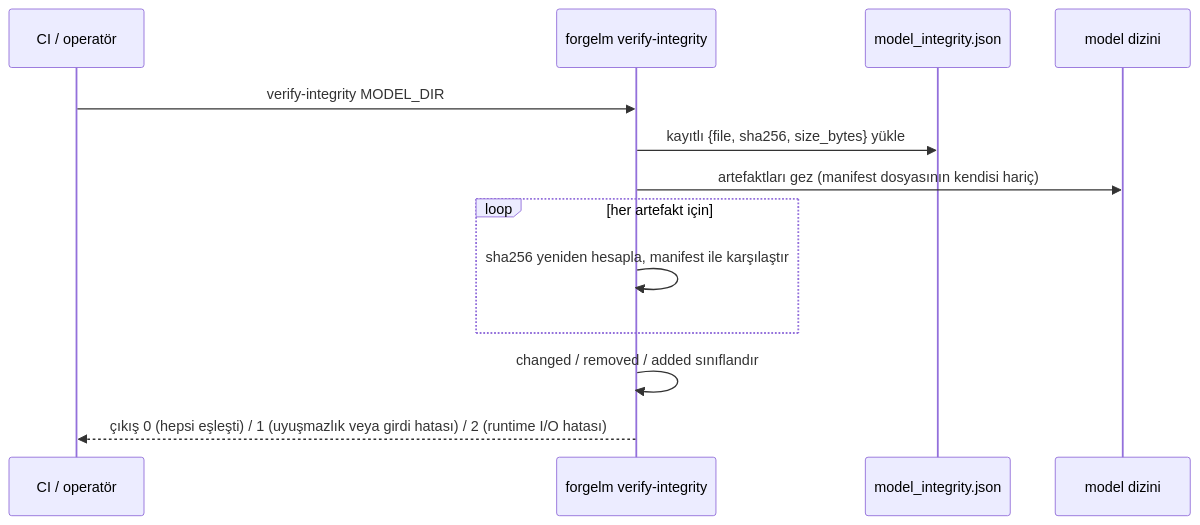
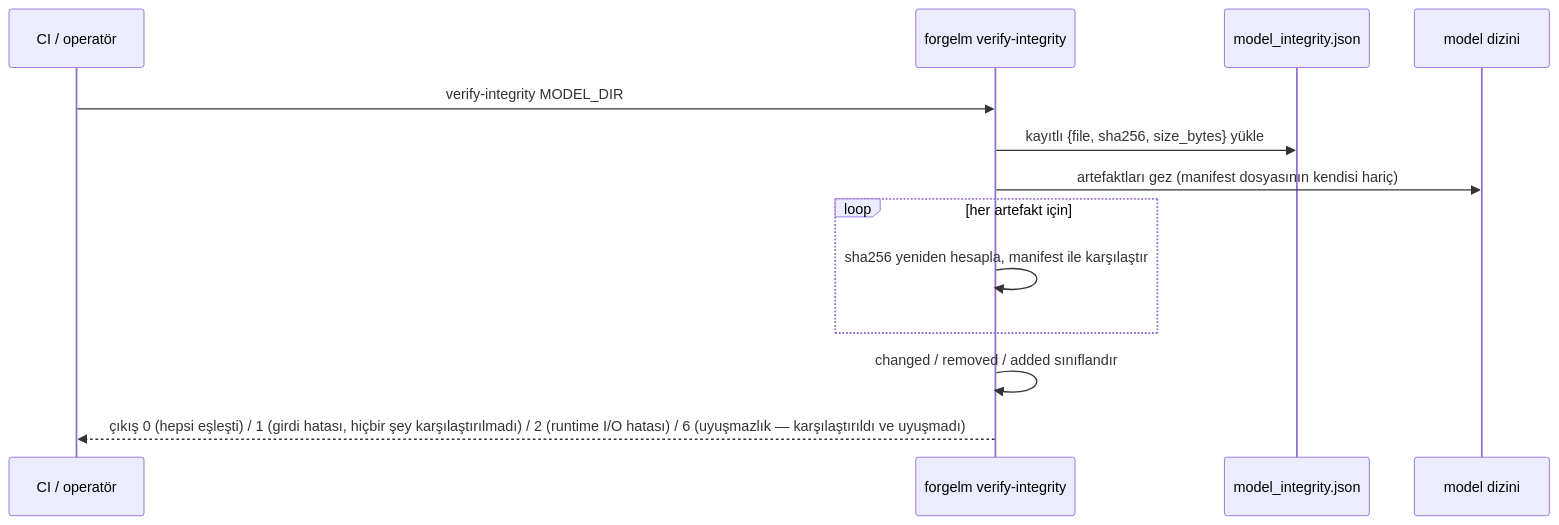
One commit to HodeTech/ForgeLM changed the diagram in docs/usermanuals/tr/compliance/verify-integrity.md. Above: the diagram before and after it, drawn with Mermaid. The commit also changed other lines of this file and 63 other files, not shown here.

````diff
--- a/docs/usermanuals/tr/compliance/verify-integrity.md
+++ b/docs/usermanuals/tr/compliance/verify-integrity.md
@@ -19,16 +19,16 @@
 ```mermaid
 sequenceDiagram
     participant CI as CI / operatör
     participant Verify as forgelm verify-integrity
     participant Manifest as model_integrity.json
     participant Dir as model dizini
 
     CI->>Verify: verify-integrity MODEL_DIR
     Verify->>Manifest: kayıtlı {file, sha256, size_bytes} yükle
     Verify->>Dir: artefaktları gez (manifest dosyasının kendisi hariç)
     loop her artefakt için
         Verify->>Verify: sha256 yeniden hesapla, manifest ile karşılaştır
     end
     Verify->>Verify: changed / removed / added sınıflandır
-    Verify-->>CI: çıkış 0 (hepsi eşleşti) / 1 (uyuşmazlık veya girdi hatası) / 2 (runtime I/O hatası)
+    Verify-->>CI: çıkış 0 (hepsi eşleşti) / 1 (girdi hatası, hiçbir şey karşılaştırılmadı) / 2 (runtime I/O hatası) / 6 (uyuşmazlık — karşılaştırıldı ve uyuşmadı)
 ```
````
